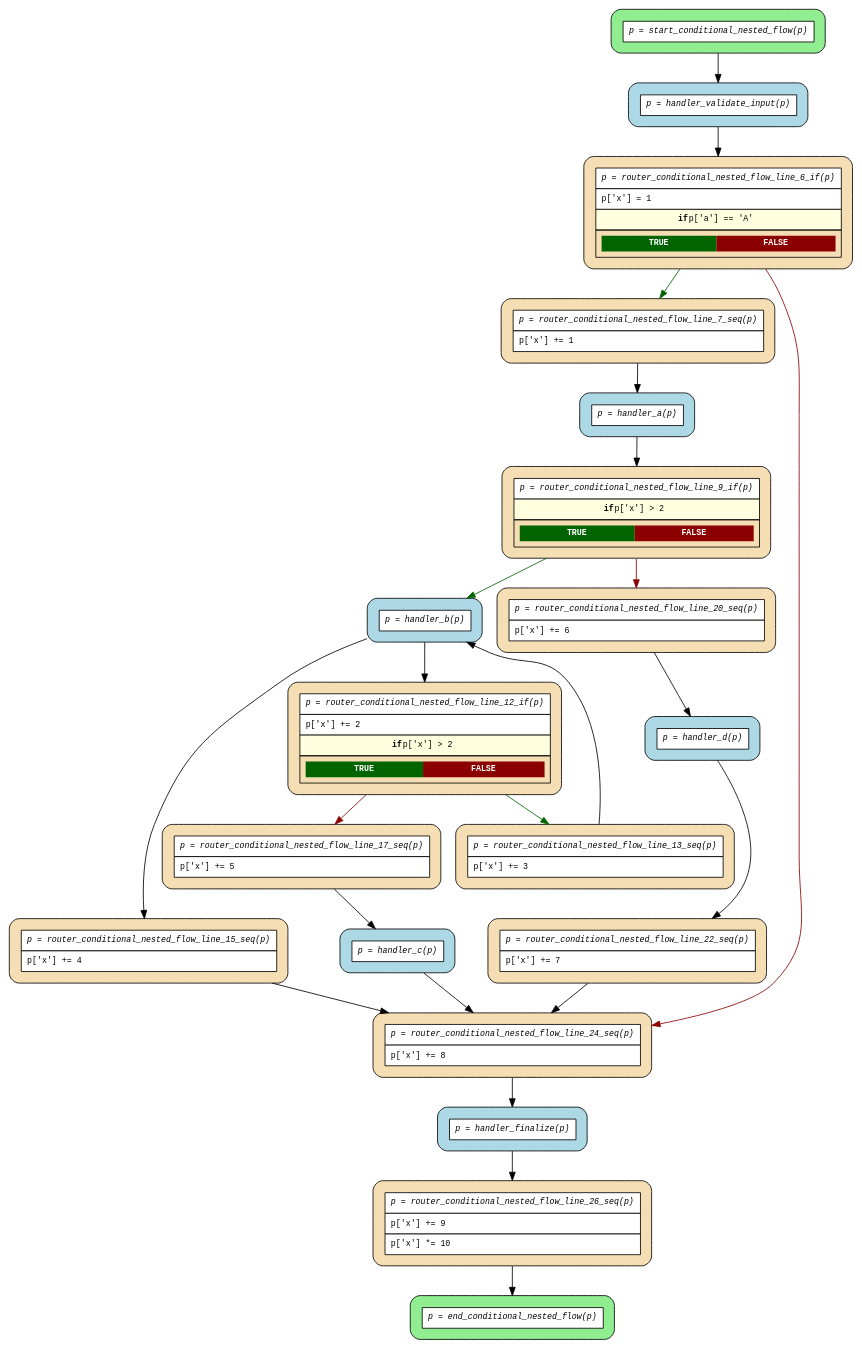
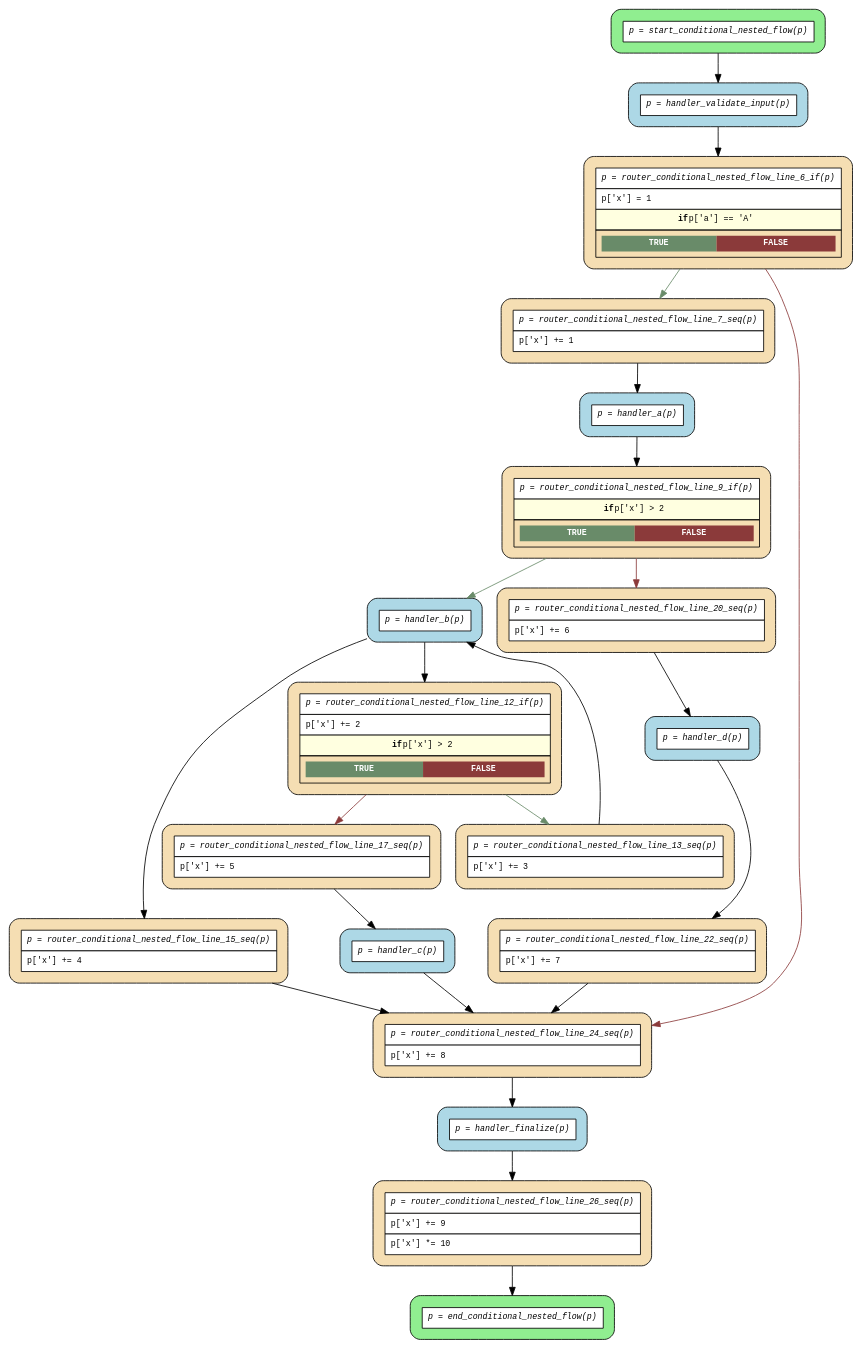
One commit to mrhillsman-enterprise-ai/asya changed the diagram in examples/flows/compiled/if_nested/flow.dot. Above: the diagram before and after it, drawn with Graphviz. The commit also changed 83 other files, not shown here.

First line of the commit message:
feat(flow): add try-except-finally support to Flow DSL compiler (#185)

```diff
--- a/examples/flows/compiled/if_nested/flow.dot
+++ b/examples/flows/compiled/if_nested/flow.dot
@@ -1,49 +1,49 @@
 digraph flow {
   rankdir=TB;
   graph [fontname="Courier", fontsize=10];
   node [fontname="Courier", fontsize=10, shape=box, style="filled,rounded", margin="0.2"];
   edge [fontname="Courier", fontsize=10];
 
   start_conditional_nested_flow [fillcolor="lightgreen", label=<<table border="0" cellspacing="0" cellpadding="6" cellborder="1"><tr><td bgcolor="white" align="center"><i>p = start_conditional_nested_flow(p)</i></td></tr></table>>];
   router_conditional_nested_flow_line_15_seq [fillcolor="wheat", label=<<table border="0" cellspacing="0" cellpadding="6" cellborder="1"><tr><td bgcolor="white" align="center"><i>p = router_conditional_nested_flow_line_15_seq(p)</i></td></tr><tr><td bgcolor="white" align="left">p['x'] += 4</td></tr></table>>];
   router_conditional_nested_flow_line_13_seq [fillcolor="wheat", label=<<table border="0" cellspacing="0" cellpadding="6" cellborder="1"><tr><td bgcolor="white" align="center"><i>p = router_conditional_nested_flow_line_13_seq(p)</i></td></tr><tr><td bgcolor="white" align="left">p['x'] += 3</td></tr></table>>];
   router_conditional_nested_flow_line_17_seq [fillcolor="wheat", label=<<table border="0" cellspacing="0" cellpadding="6" cellborder="1"><tr><td bgcolor="white" align="center"><i>p = router_conditional_nested_flow_line_17_seq(p)</i></td></tr><tr><td bgcolor="white" align="left">p['x'] += 5</td></tr></table>>];
-  router_conditional_nested_flow_line_12_if [fillcolor="wheat", label=<<table border="0" cellspacing="0" cellpadding="6" cellborder="1"><tr><td bgcolor="white" align="center"><i>p = router_conditional_nested_flow_line_12_if(p)</i></td></tr><tr><td bgcolor="white" align="left">p['x'] += 2</td></tr><tr><td bgcolor="lightyellow"><b>if</b> p['x'] &gt; 2</td></tr><tr><td><table border="0" cellspacing="0" cellpadding="4"><tr><td bgcolor="darkgreen"><font color="white"><b>TRUE</b></font></td><td bgcolor="darkred"><font color="white"><b>FALSE</b></font></td></tr></table></td></tr></table>>];
+  router_conditional_nested_flow_line_12_if [fillcolor="wheat", label=<<table border="0" cellspacing="0" cellpadding="6" cellborder="1"><tr><td bgcolor="white" align="center"><i>p = router_conditional_nested_flow_line_12_if(p)</i></td></tr><tr><td bgcolor="white" align="left">p['x'] += 2</td></tr><tr><td bgcolor="lightyellow"><b>if</b> p['x'] &gt; 2</td></tr><tr><td><table border="0" cellspacing="0" cellpadding="4"><tr><td bgcolor="darkseagreen4"><font color="white"><b>TRUE</b></font></td><td bgcolor="indianred4"><font color="white"><b>FALSE</b></font></td></tr></table></td></tr></table>>];
   router_conditional_nested_flow_line_22_seq [fillcolor="wheat", label=<<table border="0" cellspacing="0" cellpadding="6" cellborder="1"><tr><td bgcolor="white" align="center"><i>p = router_conditional_nested_flow_line_22_seq(p)</i></td></tr><tr><td bgcolor="white" align="left">p['x'] += 7</td></tr></table>>];
   router_conditional_nested_flow_line_20_seq [fillcolor="wheat", label=<<table border="0" cellspacing="0" cellpadding="6" cellborder="1"><tr><td bgcolor="white" align="center"><i>p = router_conditional_nested_flow_line_20_seq(p)</i></td></tr><tr><td bgcolor="white" align="left">p['x'] += 6</td></tr></table>>];
-  router_conditional_nested_flow_line_9_if [fillcolor="wheat", label=<<table border="0" cellspacing="0" cellpadding="6" cellborder="1"><tr><td bgcolor="white" align="center"><i>p = router_conditional_nested_flow_line_9_if(p)</i></td></tr><tr><td bgcolor="lightyellow"><b>if</b> p['x'] &gt; 2</td></tr><tr><td><table border="0" cellspacing="0" cellpadding="4"><tr><td bgcolor="darkgreen"><font color="white"><b>TRUE</b></font></td><td bgcolor="darkred"><font color="white"><b>FALSE</b></font></td></tr></table></td></tr></table>>];
+  router_conditional_nested_flow_line_9_if [fillcolor="wheat", label=<<table border="0" cellspacing="0" cellpadding="6" cellborder="1"><tr><td bgcolor="white" align="center"><i>p = router_conditional_nested_flow_line_9_if(p)</i></td></tr><tr><td bgcolor="lightyellow"><b>if</b> p['x'] &gt; 2</td></tr><tr><td><table border="0" cellspacing="0" cellpadding="4"><tr><td bgcolor="darkseagreen4"><font color="white"><b>TRUE</b></font></td><td bgcolor="indianred4"><font color="white"><b>FALSE</b></font></td></tr></table></td></tr></table>>];
   router_conditional_nested_flow_line_7_seq [fillcolor="wheat", label=<<table border="0" cellspacing="0" cellpadding="6" cellborder="1"><tr><td bgcolor="white" align="center"><i>p = router_conditional_nested_flow_line_7_seq(p)</i></td></tr><tr><td bgcolor="white" align="left">p['x'] += 1</td></tr></table>>];
   router_conditional_nested_flow_line_26_seq [fillcolor="wheat", label=<<table border="0" cellspacing="0" cellpadding="6" cellborder="1"><tr><td bgcolor="white" align="center"><i>p = router_conditional_nested_flow_line_26_seq(p)</i></td></tr><tr><td bgcolor="white" align="left">p['x'] += 9</td></tr><tr><td bgcolor="white" align="left">p['x'] *= 10</td></tr></table>>];
   router_conditional_nested_flow_line_24_seq [fillcolor="wheat", label=<<table border="0" cellspacing="0" cellpadding="6" cellborder="1"><tr><td bgcolor="white" align="center"><i>p = router_conditional_nested_flow_line_24_seq(p)</i></td></tr><tr><td bgcolor="white" align="left">p['x'] += 8</td></tr></table>>];
-  router_conditional_nested_flow_line_6_if [fillcolor="wheat", label=<<table border="0" cellspacing="0" cellpadding="6" cellborder="1"><tr><td bgcolor="white" align="center"><i>p = router_conditional_nested_flow_line_6_if(p)</i></td></tr><tr><td bgcolor="white" align="left">p['x'] = 1</td></tr><tr><td bgcolor="lightyellow"><b>if</b> p['a'] == 'A'</td></tr><tr><td><table border="0" cellspacing="0" cellpadding="4"><tr><td bgcolor="darkgreen"><font color="white"><b>TRUE</b></font></td><td bgcolor="darkred"><font color="white"><b>FALSE</b></font></td></tr></table></td></tr></table>>];
+  router_conditional_nested_flow_line_6_if [fillcolor="wheat", label=<<table border="0" cellspacing="0" cellpadding="6" cellborder="1"><tr><td bgcolor="white" align="center"><i>p = router_conditional_nested_flow_line_6_if(p)</i></td></tr><tr><td bgcolor="white" align="left">p['x'] = 1</td></tr><tr><td bgcolor="lightyellow"><b>if</b> p['a'] == 'A'</td></tr><tr><td><table border="0" cellspacing="0" cellpadding="4"><tr><td bgcolor="darkseagreen4"><font color="white"><b>TRUE</b></font></td><td bgcolor="indianred4"><font color="white"><b>FALSE</b></font></td></tr></table></td></tr></table>>];
   end_conditional_nested_flow [fillcolor="lightgreen", label=<<table border="0" cellspacing="0" cellpadding="6" cellborder="1"><tr><td bgcolor="white" align="center"><i>p = end_conditional_nested_flow(p)</i></td></tr></table>>];
   handler_a [fillcolor="lightblue", label=<<table border="0" cellspacing="0" cellpadding="6" cellborder="1"><tr><td bgcolor="white" align="center"><i>p = handler_a(p)</i></td></tr></table>>];
   handler_b [fillcolor="lightblue", label=<<table border="0" cellspacing="0" cellpadding="6" cellborder="1"><tr><td bgcolor="white" align="center"><i>p = handler_b(p)</i></td></tr></table>>];
   handler_c [fillcolor="lightblue", label=<<table border="0" cellspacing="0" cellpadding="6" cellborder="1"><tr><td bgcolor="white" align="center"><i>p = handler_c(p)</i></td></tr></table>>];
   handler_d [fillcolor="lightblue", label=<<table border="0" cellspacing="0" cellpadding="6" cellborder="1"><tr><td bgcolor="white" align="center"><i>p = handler_d(p)</i></td></tr></table>>];
   handler_finalize [fillcolor="lightblue", label=<<table border="0" cellspacing="0" cellpadding="6" cellborder="1"><tr><td bgcolor="white" align="center"><i>p = handler_finalize(p)</i></td></tr></table>>];
   handler_validate_input [fillcolor="lightblue", label=<<table border="0" cellspacing="0" cellpadding="6" cellborder="1"><tr><td bgcolor="white" align="center"><i>p = handler_validate_input(p)</i></td></tr></table>>];
 
   handler_a -> router_conditional_nested_flow_line_9_if;
   handler_b -> router_conditional_nested_flow_line_12_if;
   handler_b -> router_conditional_nested_flow_line_15_seq;
   handler_c -> router_conditional_nested_flow_line_24_seq;
   handler_d -> router_conditional_nested_flow_line_22_seq;
   handler_finalize -> router_conditional_nested_flow_line_26_seq;
   handler_validate_input -> router_conditional_nested_flow_line_6_if;
-  router_conditional_nested_flow_line_12_if -> router_conditional_nested_flow_line_13_seq [color=darkgreen];
-  router_conditional_nested_flow_line_12_if -> router_conditional_nested_flow_line_17_seq [color=darkred];
+  router_conditional_nested_flow_line_12_if -> router_conditional_nested_flow_line_13_seq [color=darkseagreen4];
+  router_conditional_nested_flow_line_12_if -> router_conditional_nested_flow_line_17_seq [color=indianred4];
   router_conditional_nested_flow_line_13_seq -> handler_b;
   router_conditional_nested_flow_line_15_seq -> router_conditional_nested_flow_line_24_seq;
   router_conditional_nested_flow_line_17_seq -> handler_c;
   router_conditional_nested_flow_line_20_seq -> handler_d;
   router_conditional_nested_flow_line_22_seq -> router_conditional_nested_flow_line_24_seq;
   router_conditional_nested_flow_line_24_seq -> handler_finalize;
   router_conditional_nested_flow_line_26_seq -> end_conditional_nested_flow;
-  router_conditional_nested_flow_line_6_if -> router_conditional_nested_flow_line_24_seq [color=darkred];
-  router_conditional_nested_flow_line_6_if -> router_conditional_nested_flow_line_7_seq [color=darkgreen];
+  router_conditional_nested_flow_line_6_if -> router_conditional_nested_flow_line_24_seq [color=indianred4];
+  router_conditional_nested_flow_line_6_if -> router_conditional_nested_flow_line_7_seq [color=darkseagreen4];
   router_conditional_nested_flow_line_7_seq -> handler_a;
-  router_conditional_nested_flow_line_9_if -> handler_b [color=darkgreen];
-  router_conditional_nested_flow_line_9_if -> router_conditional_nested_flow_line_20_seq [color=darkred];
+  router_conditional_nested_flow_line_9_if -> handler_b [color=darkseagreen4];
+  router_conditional_nested_flow_line_9_if -> router_conditional_nested_flow_line_20_seq [color=indianred4];
   start_conditional_nested_flow -> handler_validate_input;
 }
```
